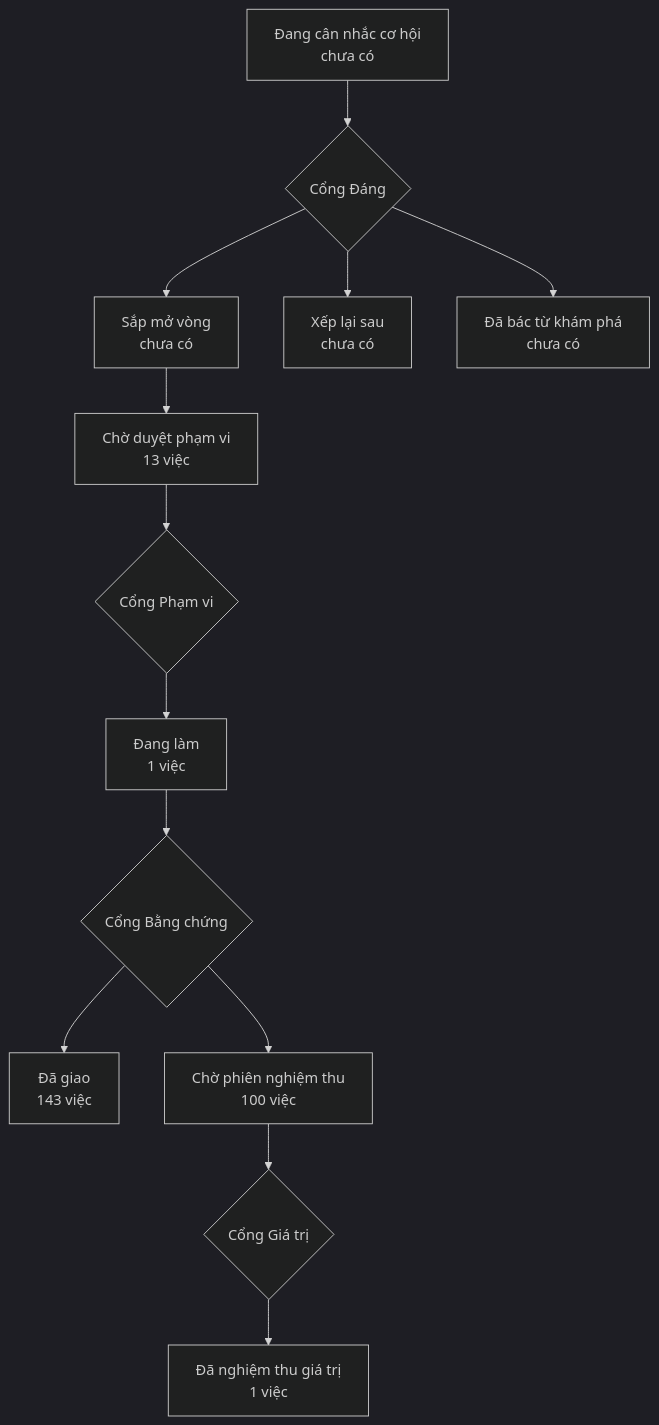
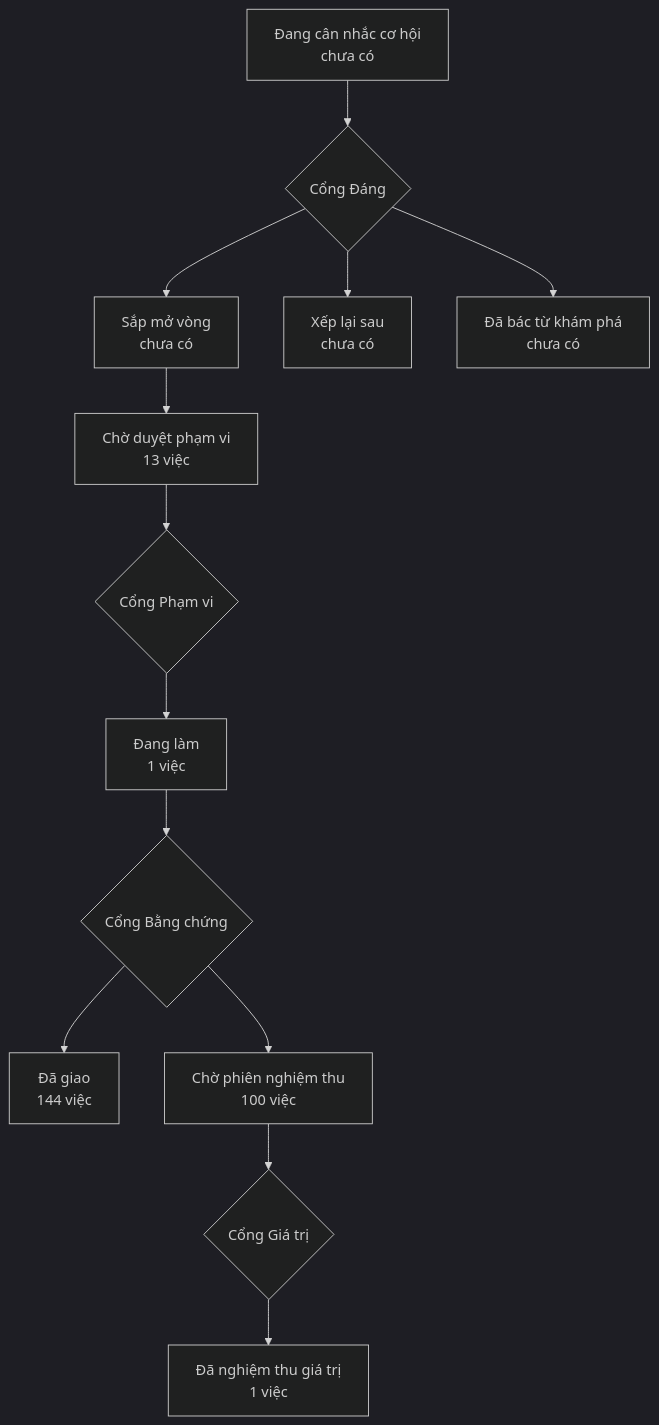
One commit to phanlemanh/onehub-invest changed the diagram in PRODUCT-MAP.md. Above: the diagram before and after it, drawn with Mermaid (dark theme). The commit also changed other lines of this file and 1 other file, not shown here.

Commit message:
docs(acceptance): vẽ lại bản đồ sản phẩm sau khi gộp main

````diff
--- a/PRODUCT-MAP.md
+++ b/PRODUCT-MAP.md
@@ -7,12 +7,12 @@
 ```mermaid
 flowchart TD
   A["Đang cân nhắc cơ hội<br/>chưa có"] --> GD{"Cổng Đáng"}
   GD --> B["Sắp mở vòng<br/>chưa có"]
   GD --> XL["Xếp lại sau<br/>chưa có"]
   GD --> DB["Đã bác từ khám phá<br/>chưa có"]
   B --> CD["Chờ duyệt phạm vi<br/>13 việc"] --> GP{"Cổng Phạm vi"}
   GP --> DL["Đang làm<br/>1 việc"] --> GB{"Cổng Bằng chứng"}
-  GB --> DG["Đã giao<br/>143 việc"]
+  GB --> DG["Đã giao<br/>144 việc"]
   GB --> CN["Chờ phiên nghiệm thu<br/>100 việc"] --> GG{"Cổng Giá trị"}
   GG --> NT["Đã nghiệm thu giá trị<br/>1 việc"]
 ```
````
